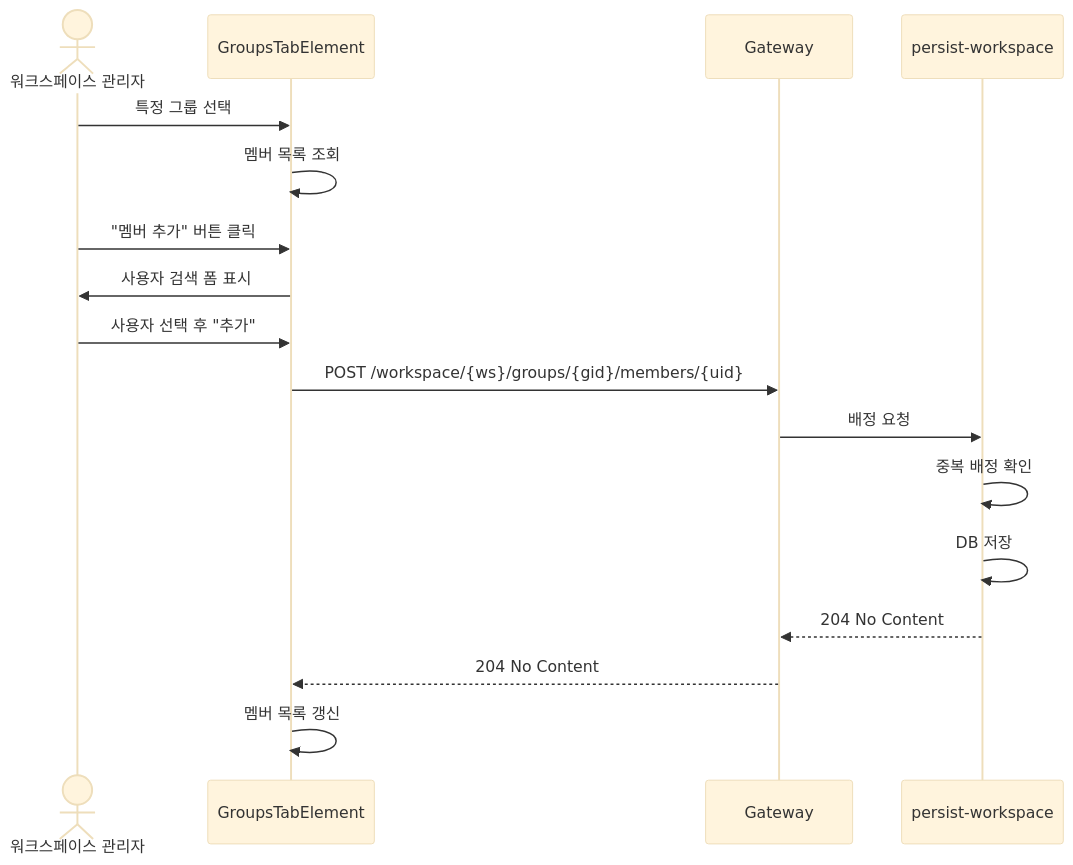
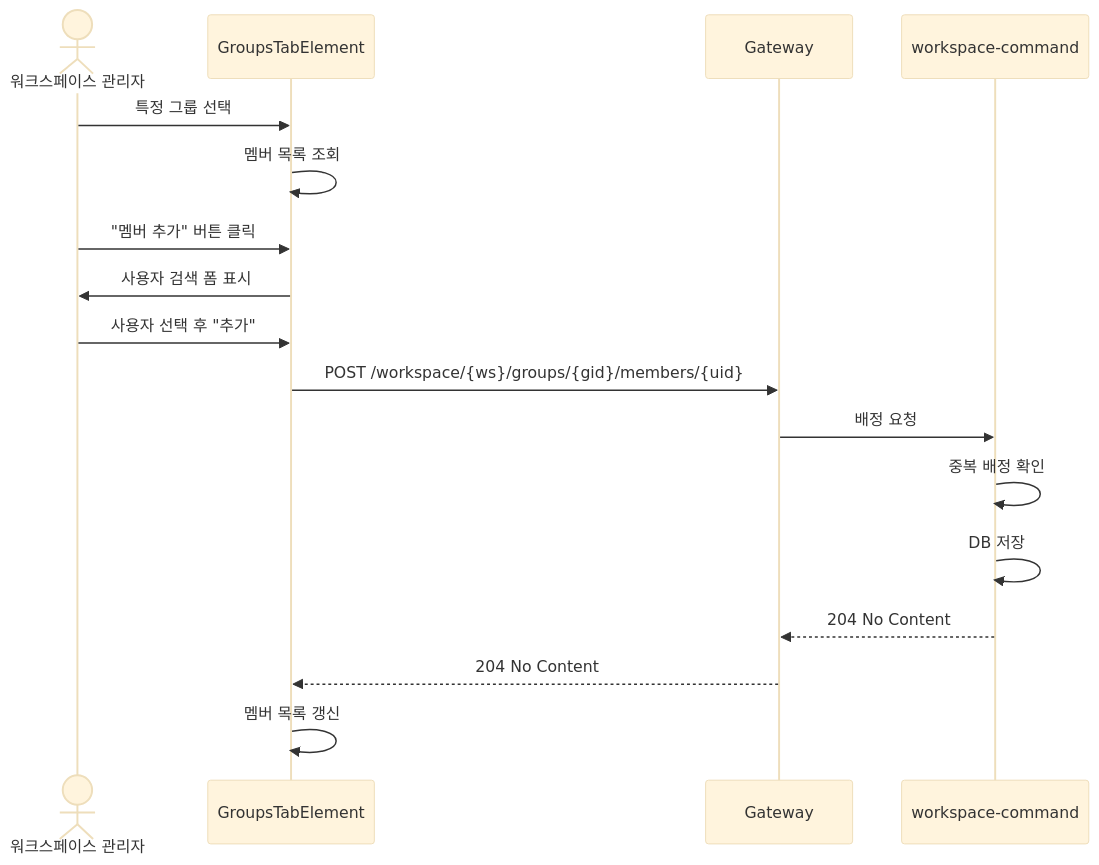
Before and after one commit to sayaya1090/handbook: the eighth of 28 diagrams in docs/usecases.md, drawn with Mermaid (base theme). The commit also changed other lines of this file and 620 other files, not shown here.

````diff
--- a/docs/usecases.md
+++ b/docs/usecases.md
@@ -605,20 +605,20 @@
 ```mermaid
 sequenceDiagram
     actor Admin as 워크스페이스 관리자
     participant UI as GroupsTabElement
     participant GW as Gateway
-    participant API as persist-workspace
+    participant API as workspace-command
 
     Admin->>UI: 특정 그룹 선택
     UI->>UI: 멤버 목록 조회
     Admin->>UI: "멤버 추가" 버튼 클릭
     UI->>Admin: 사용자 검색 폼 표시
     Admin->>UI: 사용자 선택 후 "추가"
     UI->>GW: POST /workspace/{ws}/groups/{gid}/members/{uid}
     GW->>API: 배정 요청
     API->>API: 중복 배정 확인
     API->>API: DB 저장
     API-->>GW: 204 No Content
     GW-->>UI: 204 No Content
     UI->>UI: 멤버 목록 갱신
 ```
````
